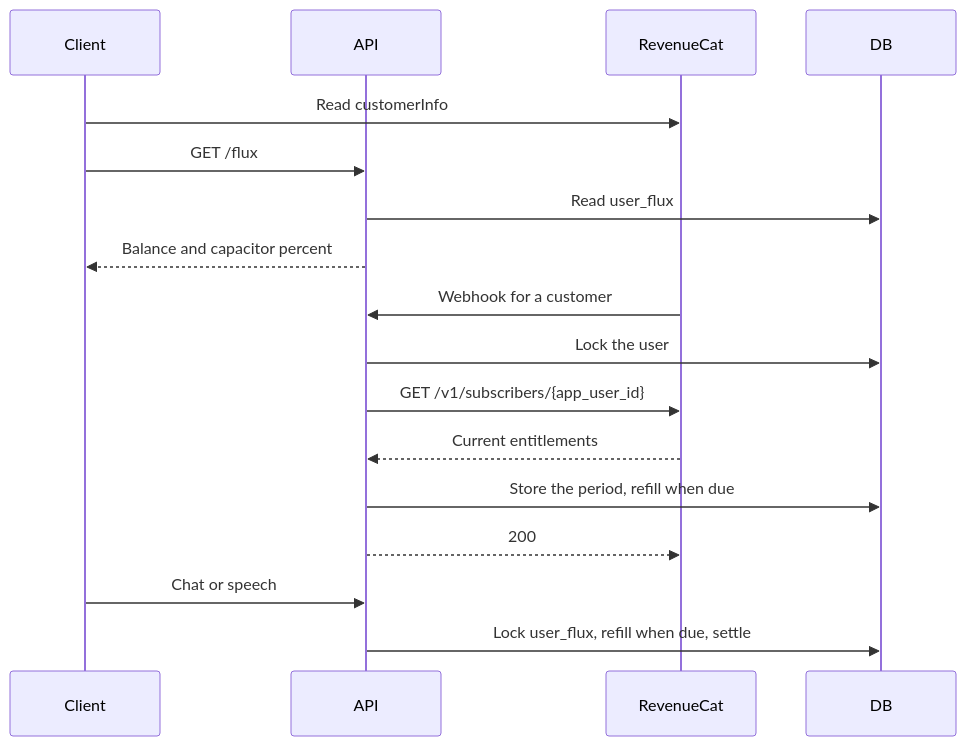
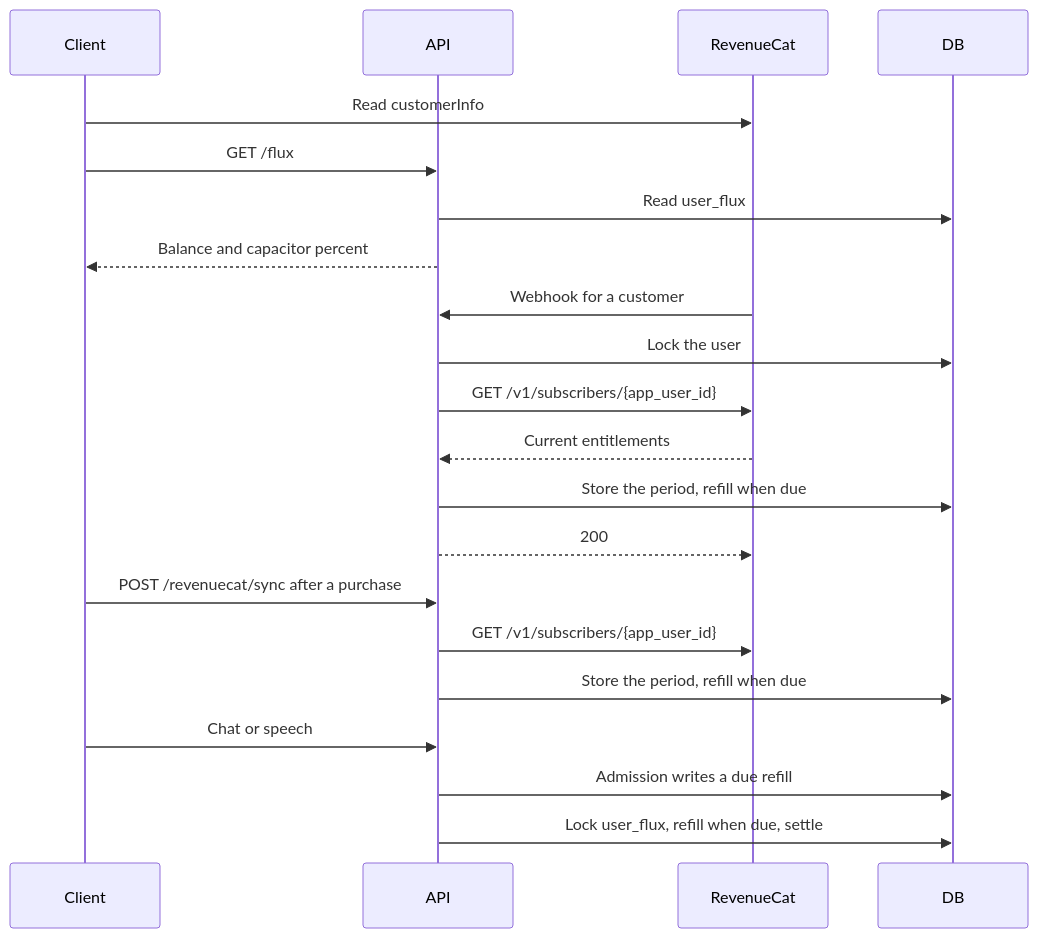
One commit to moeru-ai/airi changed the second of 2 diagrams in server/docs/ai/adr/2026-10-04-subscription-credits.md. Above: the diagram before and after it, drawn with Mermaid. The commit also changed other lines of this file and 9 other files, not shown here.

First line of the commit message:
feat(api,stage-ui): sync the Capacitor on request and cancel it on account deletion

````diff
--- a/server/docs/ai/adr/2026-10-04-subscription-credits.md
+++ b/server/docs/ai/adr/2026-10-04-subscription-credits.md
@@ -163,19 +186,23 @@
 ```mermaid
 sequenceDiagram
   participant Client
   participant API
   participant RC as RevenueCat
   participant DB
   Client->>RC: Read customerInfo
   Client->>API: GET /flux
   API->>DB: Read user_flux
   API-->>Client: Balance and capacitor percent
   RC->>API: Webhook for a customer
   API->>DB: Lock the user
   API->>RC: GET /v1/subscribers/{app_user_id}
   RC-->>API: Current entitlements
   API->>DB: Store the period, refill when due
   API-->>RC: 200
+  Client->>API: POST /revenuecat/sync after a purchase
+  API->>RC: GET /v1/subscribers/{app_user_id}
+  API->>DB: Store the period, refill when due
   Client->>API: Chat or speech
+  API->>DB: Admission writes a due refill
   API->>DB: Lock user_flux, refill when due, settle
 ```
````
